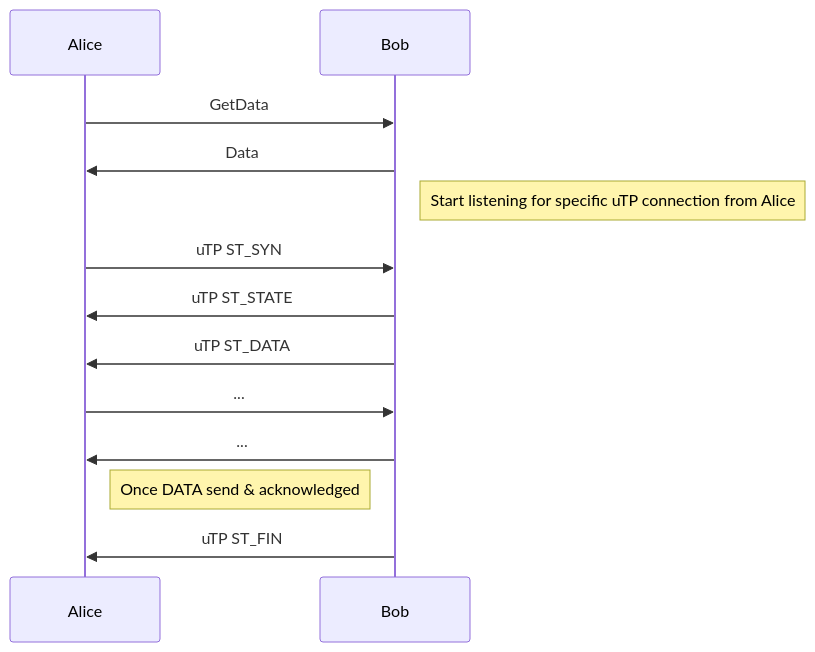
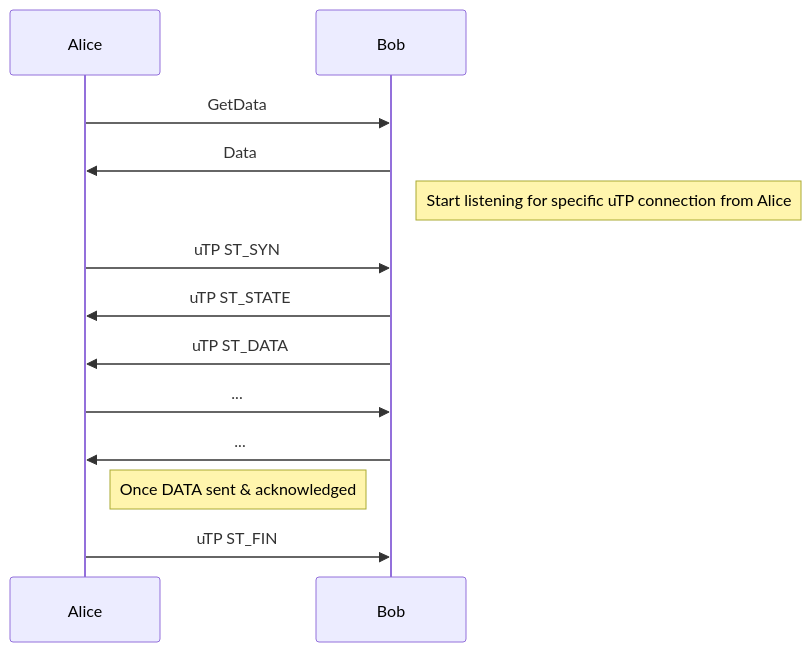
One commit to ethereum/portal-network-specs changed the first of 2 diagrams in discv5-utp.md. Above: the diagram before and after it, drawn with Mermaid. The commit also changed other lines of this file, not shown here.

````diff
--- a/discv5-utp.md
+++ b/discv5-utp.md
@@ -69,14 +69,14 @@
 ```mermaid
     sequenceDiagram
         Alice->>Bob: GetData
         Bob->>Alice: Data
         Note right of Bob: Start listening for specific uTP connection from Alice
         Alice->>Bob: uTP ST_SYN
         Bob->>Alice: uTP ST_STATE
         Bob->>Alice: uTP ST_DATA
         Alice->>Bob: ...
         Bob->>Alice: ...
-        Note left of Bob: Once DATA send & acknowledged
-        Bob->>Alice: uTP ST_FIN
+        Note left of Bob: Once DATA sent & acknowledged
+        Alice->>Bob: uTP ST_FIN
 
 ```
````
